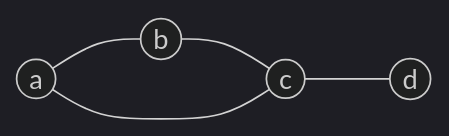
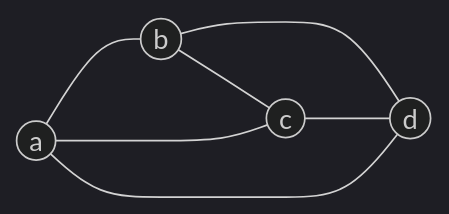
The first of 10 diagrams in src/content/posts/图.md (Meer-Matze/Meer-Matze.github.io), drawn with Mermaid (dark theme) before and after one commit. The commit also changed other lines of this file and 12 other files, not shown here.

````diff
--- a/src/content/posts/图.md
+++ b/src/content/posts/图.md
@@ -27,7 +27,5 @@
 ```mermaid
 graph LR
-  a((a)) --- b((b))
-  b --- c((c))
-  c --- a
-  c --- d((d))
+  a((a)) --- b((b)) & c((c)) --- d((d)) --- a
+  b --- c
 ```
````
